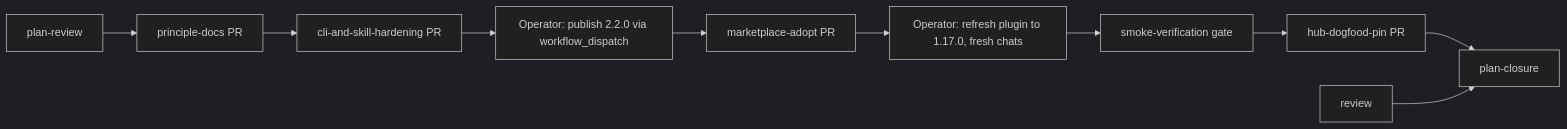
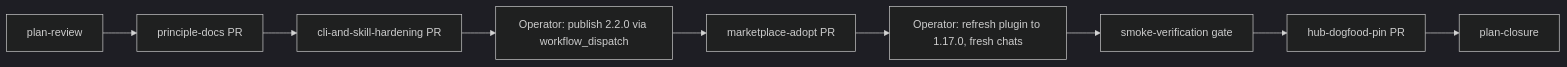
One commit to multipliers-dev/savepoints-lite changed the diagram in .cursor/plans/2026-11-27-post-write-verification-hardening.plan.md. Above: the diagram before and after it, drawn with Mermaid (dark theme).

Commit message:
docs(plans): remove stale review edge from rollout diagram

````diff
--- a/.cursor/plans/2026-11-27-post-write-verification-hardening.plan.md
+++ b/.cursor/plans/2026-11-27-post-write-verification-hardening.plan.md
@@ -168,12 +168,11 @@
 ```mermaid
 flowchart LR
   planPR["plan-review"] --> principle["principle-docs PR"]
   principle --> impl["cli-and-skill-hardening PR"]
   impl --> publish["Operator: publish 2.2.0 via workflow_dispatch"]
   publish --> market["marketplace-adopt PR"]
   market --> refresh["Operator: refresh plugin to 1.17.0, fresh chats"]
   refresh --> smoke["smoke-verification gate"]
   smoke --> pin["hub-dogfood-pin PR"]
   pin --> closure["plan-closure"]
-  review --> closure
 ```
````
